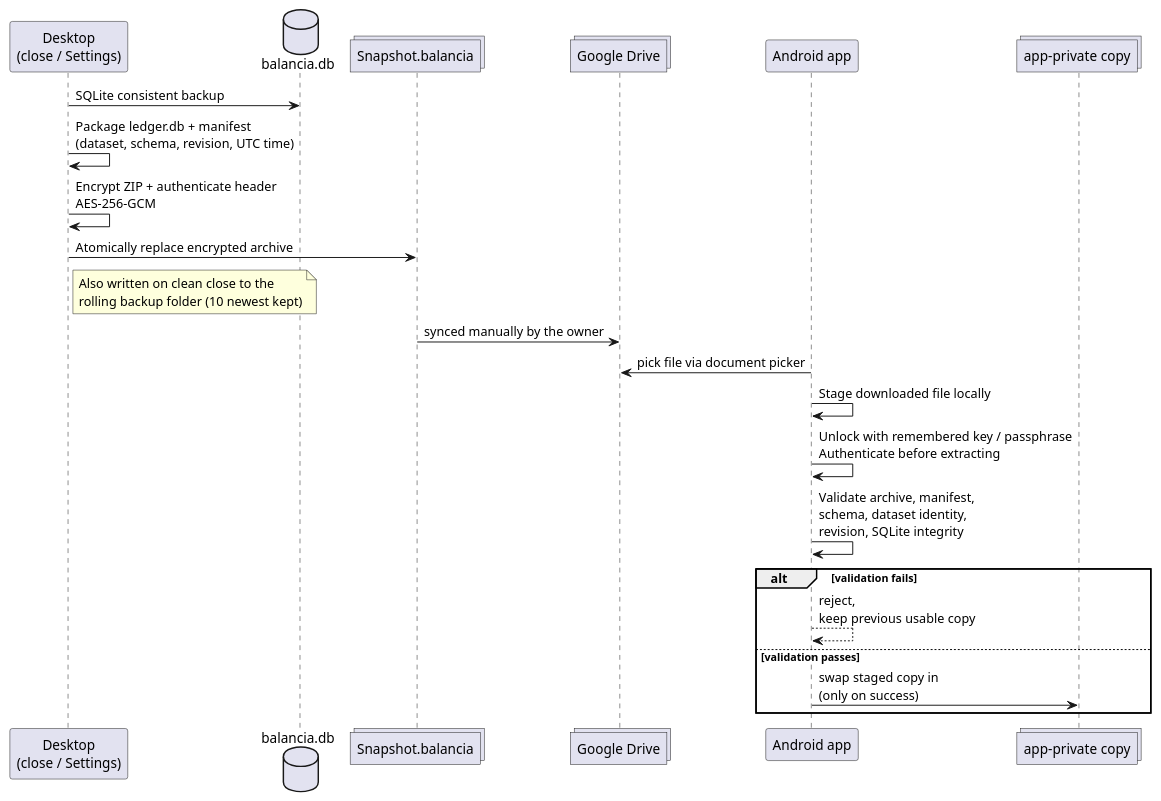
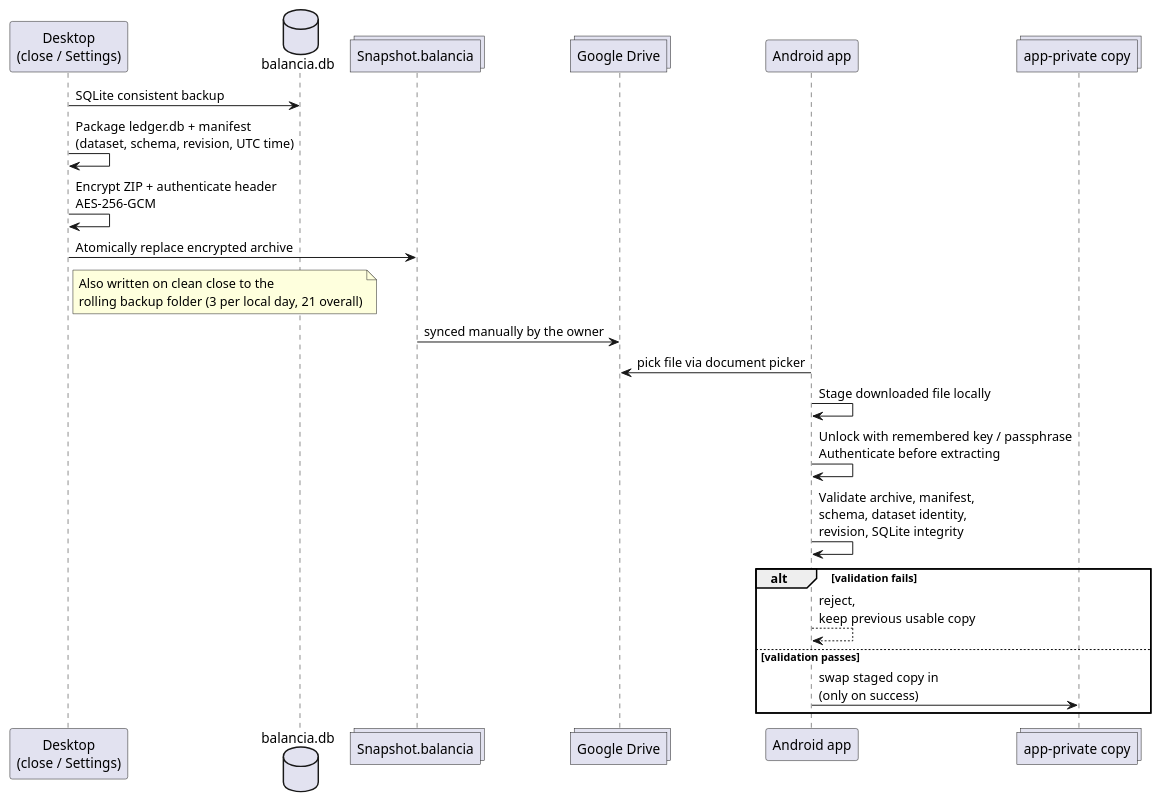
Before and after one commit to Tariatan/Balancia: the fifth of 5 diagrams in docs/Technical_Design_Description.md, drawn with PlantUML. The commit also changed other lines of this file and 9 other files, not shown here.

Commit message:
update backup strategy - no more than 3 per day

````diff
--- a/docs/Technical_Design_Description.md
+++ b/docs/Technical_Design_Description.md
@@ -456,31 +456,31 @@
 ```plantuml
 @startuml
 participant "Desktop\n(close / Settings)" as Desktop
 database "balancia.db" as Db
 collections "Snapshot.balancia" as Snap
 collections "Google Drive" as Drive
 participant "Android app" as Android
 collections "app-private copy" as AndroidDb
 
 Desktop -> Db : SQLite consistent backup
 Desktop -> Desktop : Package ledger.db + manifest\n(dataset, schema, revision, UTC time)
 Desktop -> Desktop : Encrypt ZIP + authenticate header\nAES-256-GCM
 Desktop -> Snap : Atomically replace encrypted archive
 note right of Desktop
   Also written on clean close to the
-  rolling backup folder (10 newest kept)
+  rolling backup folder (3 per local day, 21 overall)
 end note
 
 Snap -> Drive : synced manually by the owner
 
 Android -> Drive : pick file via document picker
 Android -> Android : Stage downloaded file locally
 Android -> Android : Unlock with remembered key / passphrase\nAuthenticate before extracting
 Android -> Android : Validate archive, manifest,\nschema, dataset identity,\nrevision, SQLite integrity
 alt validation fails
   Android --> Android : reject,\nkeep previous usable copy
 else validation passes
   Android -> AndroidDb : swap staged copy in\n(only on success)
 end
 @enduml
 ```
````
